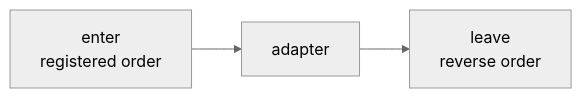
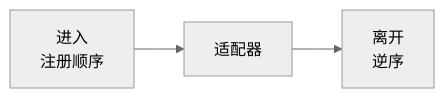
One commit to xtwis/ohnet changed the first of 3 diagrams in docs/zh/guide/pipeline.md. Above: the diagram before and after it, drawn with Mermaid (neutral theme). The commit also changed other lines of this file and 45 other files, not shown here.

````diff
--- a/docs/zh/guide/pipeline.md
+++ b/docs/zh/guide/pipeline.md
@@ -34,4 +34,4 @@
 ```mermaid
 flowchart LR
-    Enter["enter<br/>registered order"] --> Adapter["adapter"] --> Leave["leave<br/>reverse order"]
+    Enter["进入<br/>注册顺序"] --> Adapter["适配器"] --> Leave["离开<br/>逆序"]
 ```
````
